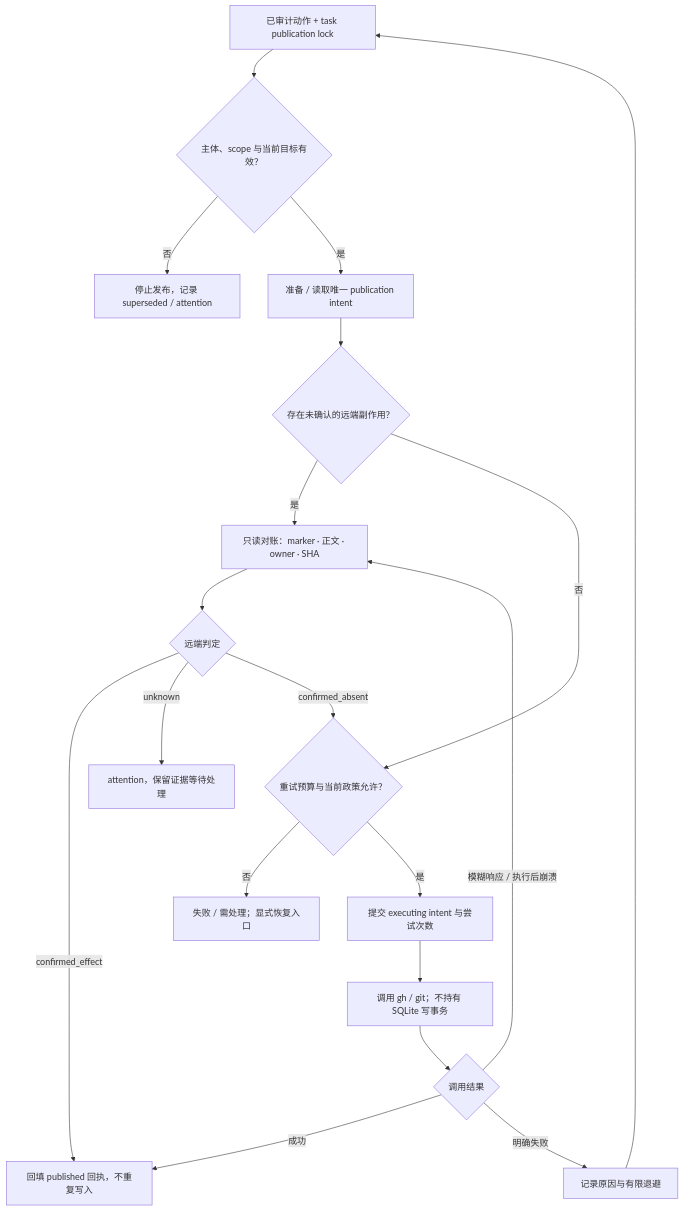
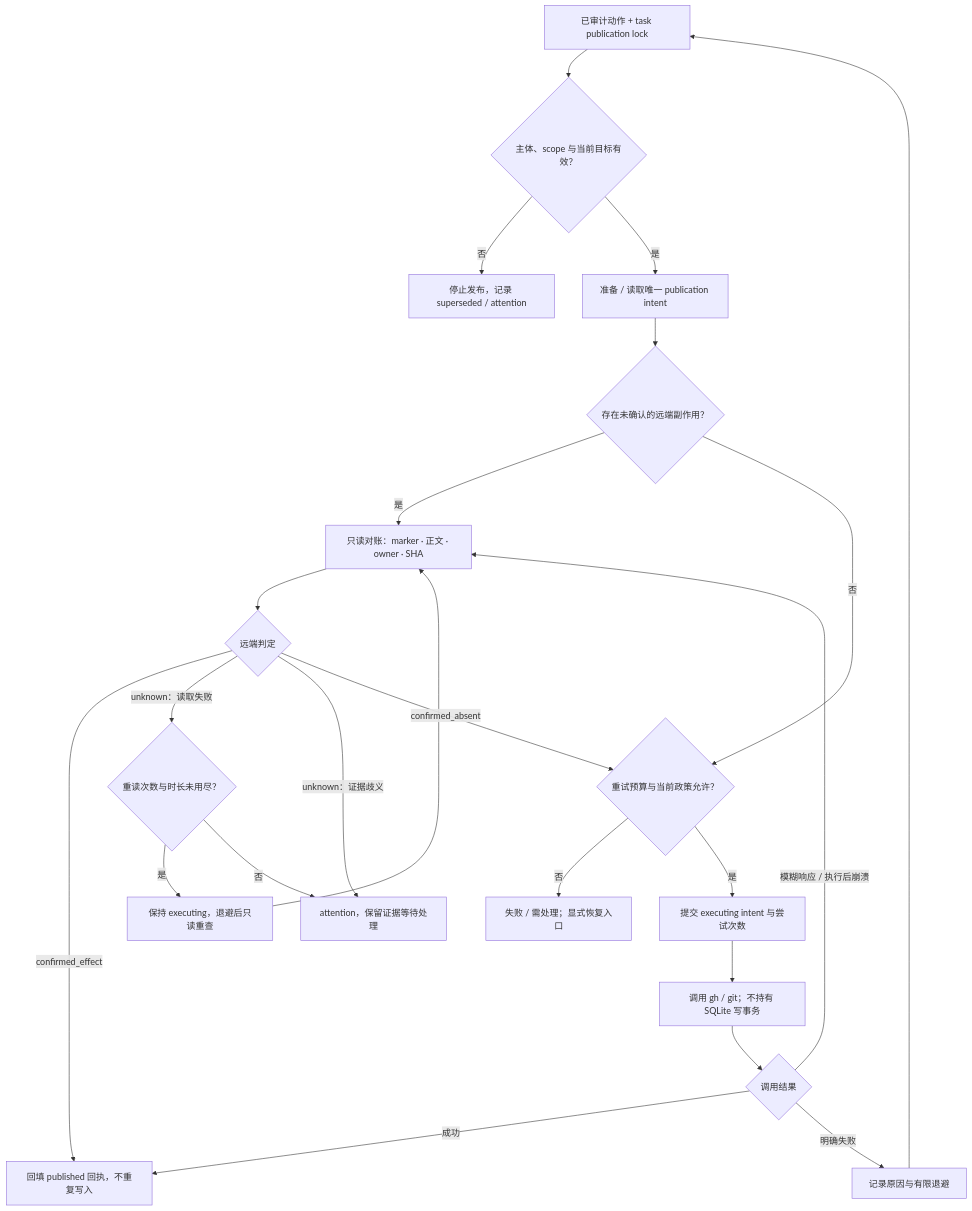
Before and after one commit to wklken/Robert: the sixth of 13 diagrams in docs/architecture.md, drawn with Mermaid. The commit also changed other lines of this file and 11 other files, not shown here.

````diff
--- a/docs/architecture.md
+++ b/docs/architecture.md
@@ -356,21 +356,25 @@
 ```mermaid
 flowchart TD
     Ready["已审计动作 + task publication lock"] --> Scope{"主体、scope 与当前目标有效？"}
     Scope -->|"否"| Stop["停止发布，记录 superseded / attention"]
     Scope -->|"是"| Intent["准备 / 读取唯一 publication intent"]
     Intent --> Uncertain{"存在未确认的远端副作用？"}
     Uncertain -->|"是"| Read["只读对账：marker · 正文 · owner · SHA"]
     Read --> Remote{"远端判定"}
     Remote -->|"confirmed_effect"| Receipt["回填 published 回执，不重复写入"]
-    Remote -->|"unknown"| Attention["attention，保留证据等待处理"]
+    Remote -->|"unknown：读取失败"| Reread{"重读次数与时长未用尽？"}
+    Reread -->|"是"| Backoff["保持 executing，退避后只读重查"]
+    Backoff --> Read
+    Reread -->|"否"| Attention
+    Remote -->|"unknown：证据歧义"| Attention["attention，保留证据等待处理"]
     Remote -->|"confirmed_absent"| Budget
     Uncertain -->|"否"| Budget{"重试预算与当前政策允许？"}
     Budget -->|"否"| Failed["失败 / 需处理；显式恢复入口"]
     Budget -->|"是"| Execute["提交 executing intent 与尝试次数"]
     Execute --> Write["调用 gh / git；不持有 SQLite 写事务"]
     Write --> Outcome{"调用结果"}
     Outcome -->|"成功"| Receipt
     Outcome -->|"模糊响应 / 执行后崩溃"| Read
     Outcome -->|"明确失败"| Retry["记录原因与有限退避"]
     Retry --> Ready
 ```
````
